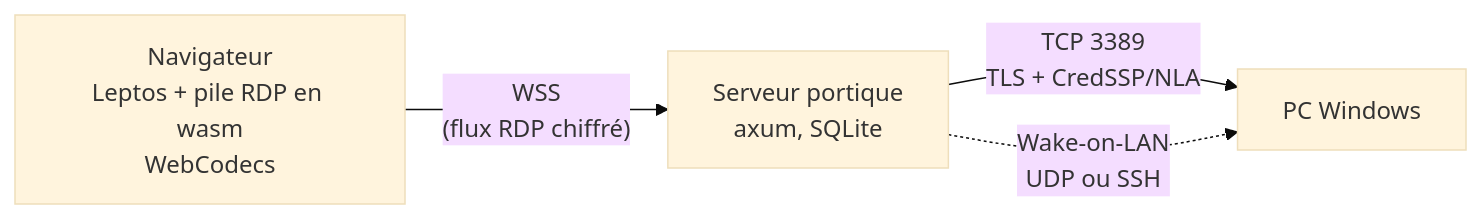
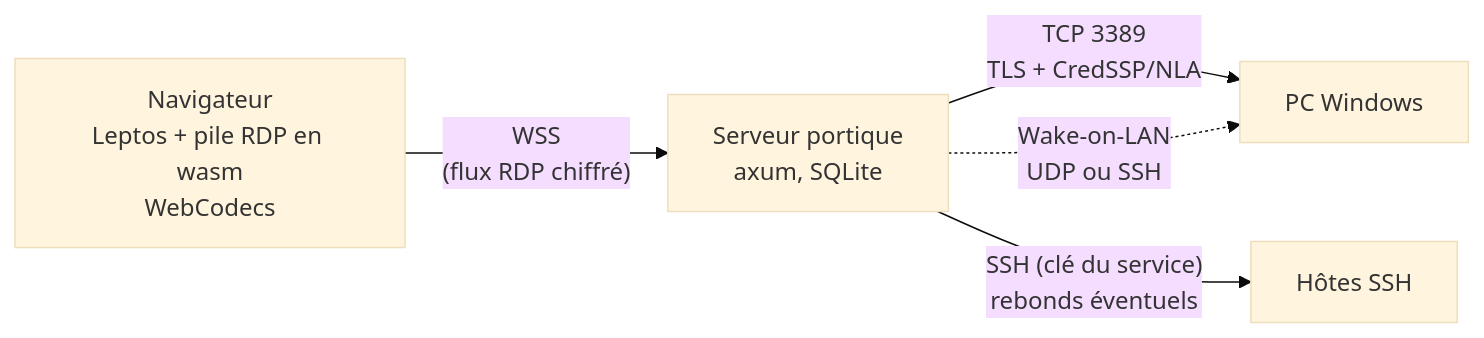
Before and after one commit to neotoxicfr/portique: the diagram in README.md, drawn with Mermaid (base theme). The commit also changed other lines of this file and 28 other files, not shown here.

First line of the commit message:
feat: SSH terminal with service key, jump hosts and a mobile key bar

````diff
--- a/README.md
+++ b/README.md
@@ -48,6 +59,7 @@
 ```mermaid
 flowchart LR
     B["Navigateur<br/>Leptos + pile RDP en wasm<br/>WebCodecs"] -- "WSS<br/>(flux RDP chiffré)" --> S["Serveur portique<br/>axum, SQLite"]
     S -- "TCP 3389<br/>TLS + CredSSP/NLA" --> P["PC Windows"]
     S -. "Wake-on-LAN<br/>UDP ou SSH" .-> P
+    S -- "SSH (clé du service)<br/>rebonds éventuels" --> H["Hôtes SSH"]
 ```
````
